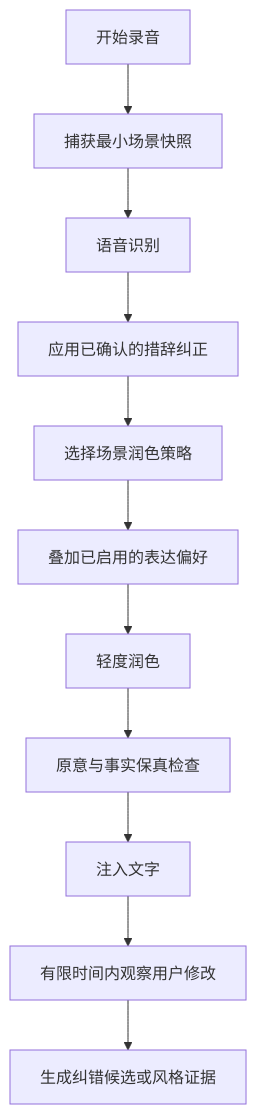
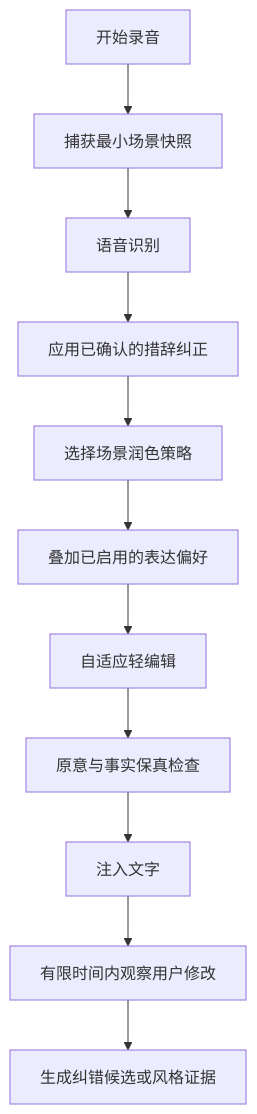
The diagram in docs/smart-perception-mode-personalization-prd.md (ammzen/type4me), drawn with Mermaid before and after one commit. The commit also changed other lines of this file and 47 other files, not shown here.

````diff
--- a/docs/smart-perception-mode-personalization-prd.md
+++ b/docs/smart-perception-mode-personalization-prd.md
@@ -336,13 +340,13 @@
 ```mermaid
 flowchart TD
     A[开始录音] --> B[捕获最小场景快照]
     B --> C[语音识别]
     C --> D[应用已确认的措辞纠正]
     D --> E[选择场景润色策略]
     E --> F[叠加已启用的表达偏好]
-    F --> G[轻度润色]
+    F --> G[自适应轻编辑]
     G --> H[原意与事实保真检查]
     H --> I[注入文字]
     I --> J[有限时间内观察用户修改]
     J --> K[生成纠错候选或风格证据]
 ```
````
